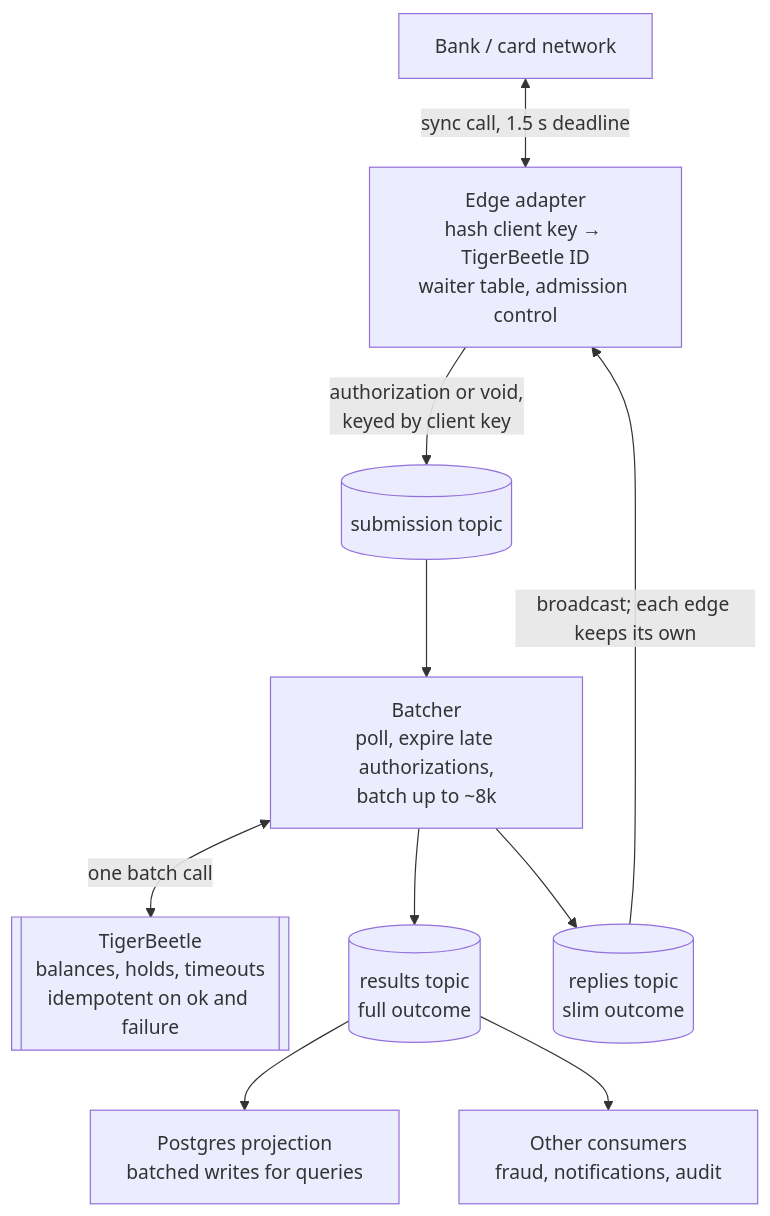
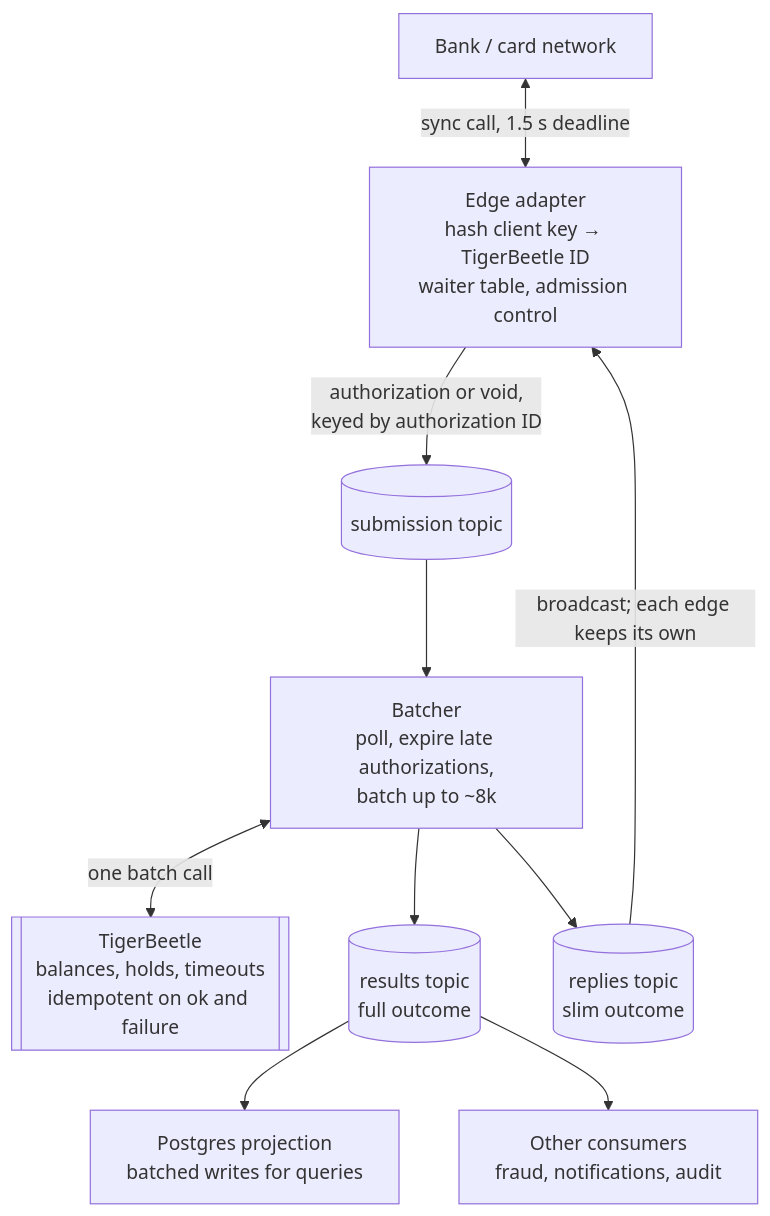
One commit to nmarasoiu/dst-200ktps-ledger changed the diagram in README.md. Above: the diagram before and after it, drawn with Mermaid. The commit also changed other lines of this file, not shown here.

First line of the commit message:
Separate idempotency keys from routing keys; add submission topic rules

````diff
--- a/README.md
+++ b/README.md
@@ -47,13 +47,13 @@
 ```mermaid
 flowchart TD
     Bank["Bank / card network"] <-->|"sync call, 1.5 s deadline"| Edge
     Edge["Edge adapter<br/>hash client key → TigerBeetle ID<br/>waiter table, admission control"]
-    Edge -->|"authorization or void,<br/>keyed by client key"| Sub[("submission topic")]
+    Edge -->|"authorization or void,<br/>keyed by authorization ID"| Sub[("submission topic")]
     Sub --> Batcher["Batcher<br/>poll, expire late authorizations,<br/>batch up to ~8k"]
     Batcher <-->|"one batch call"| TB[["TigerBeetle<br/>balances, holds, timeouts<br/>idempotent on ok and failure"]]
     Batcher --> Res[("results topic<br/>full outcome")]
     Batcher --> Rep[("replies topic<br/>slim outcome")]
     Rep -->|"broadcast; each edge keeps its own"| Edge
     Res --> PG["Postgres projection<br/>batched writes for queries"]
     Res --> Other["Other consumers<br/>fraud, notifications, audit"]
 ```
````
